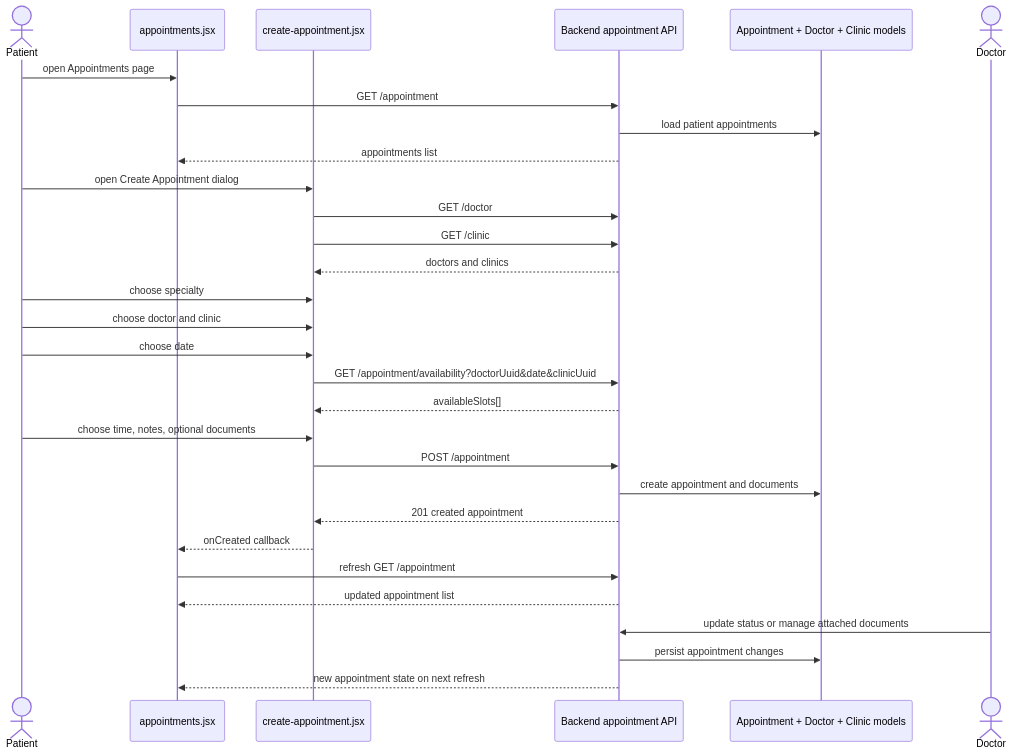
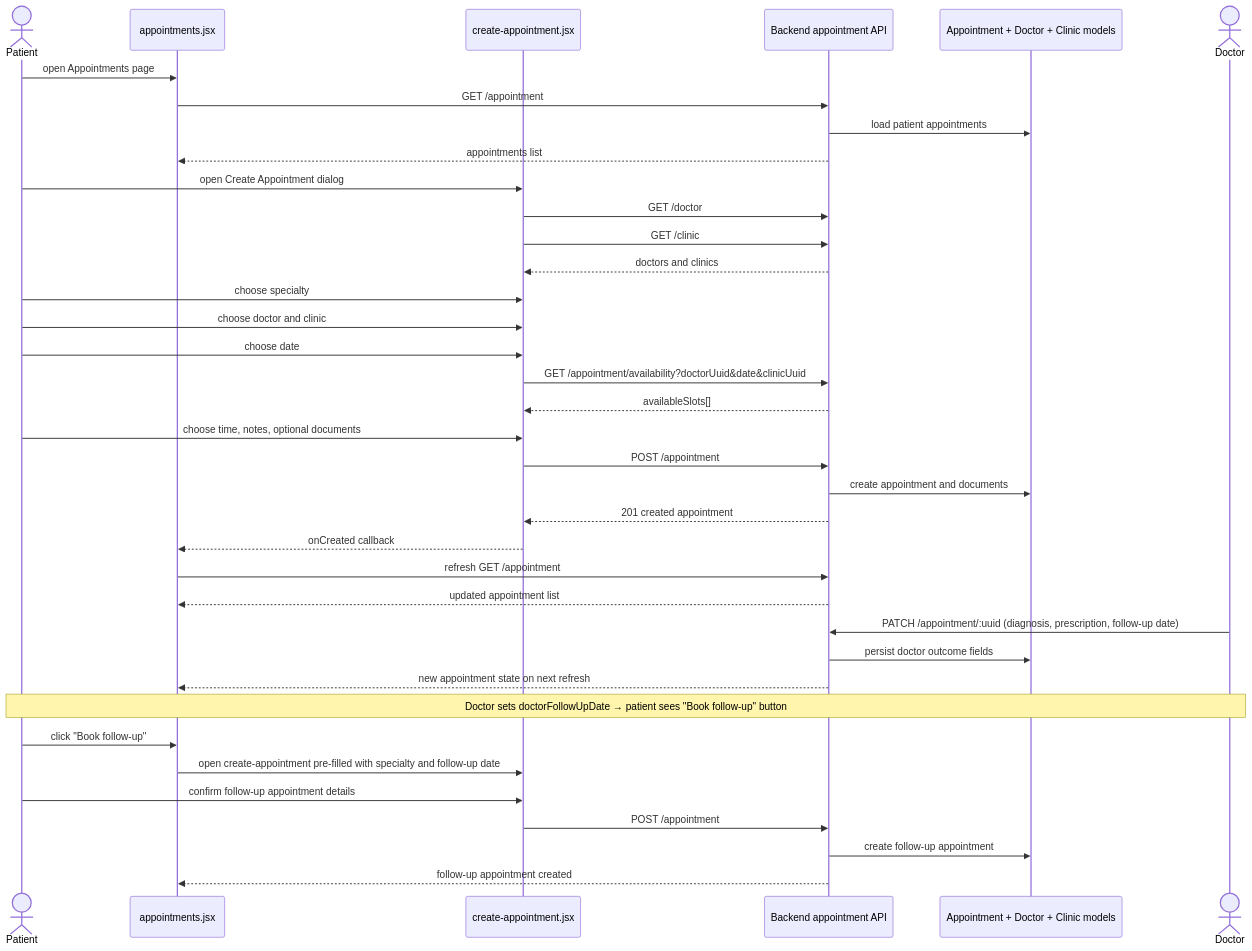
One commit to AnaMTF/dizertatie-ie-2026 changed the diagram in diagrams/06-appointment-booking-sequence.mmd. Above: the diagram before and after it, drawn with Mermaid. The commit also changed 4 other files, not shown here.

Commit message:
update diagrams

```diff
--- a/diagrams/06-appointment-booking-sequence.mmd
+++ b/diagrams/06-appointment-booking-sequence.mmd
@@ -1,34 +1,42 @@
 sequenceDiagram
     actor Patient
     participant Page as appointments.jsx
     participant Modal as create-appointment.jsx
     participant API as Backend appointment API
     participant Models as Appointment + Doctor + Clinic models
     actor Doctor
 
     Patient->>Page: open Appointments page
     Page->>API: GET /appointment
     API->>Models: load patient appointments
     API-->>Page: appointments list
 
     Patient->>Modal: open Create Appointment dialog
     Modal->>API: GET /doctor
     Modal->>API: GET /clinic
     API-->>Modal: doctors and clinics
 
     Patient->>Modal: choose specialty
     Patient->>Modal: choose doctor and clinic
     Patient->>Modal: choose date
     Modal->>API: GET /appointment/availability?doctorUuid&date&clinicUuid
     API-->>Modal: availableSlots[]
     Patient->>Modal: choose time, notes, optional documents
     Modal->>API: POST /appointment
     API->>Models: create appointment and documents
     API-->>Modal: 201 created appointment
     Modal-->>Page: onCreated callback
     Page->>API: refresh GET /appointment
     API-->>Page: updated appointment list
 
-    Doctor->>API: update status or manage attached documents
-    API->>Models: persist appointment changes
+    Doctor->>API: PATCH /appointment/:uuid (diagnosis, prescription, follow-up date)
+    API->>Models: persist doctor outcome fields
     API-->>Page: new appointment state on next refresh
+
+    Note over Patient,Doctor: Doctor sets doctorFollowUpDate → patient sees "Book follow-up" button
+    Patient->>Page: click "Book follow-up"
+    Page->>Modal: open create-appointment pre-filled with specialty and follow-up date
+    Patient->>Modal: confirm follow-up appointment details
+    Modal->>API: POST /appointment
+    API->>Models: create follow-up appointment
+    API-->>Page: follow-up appointment created
```
